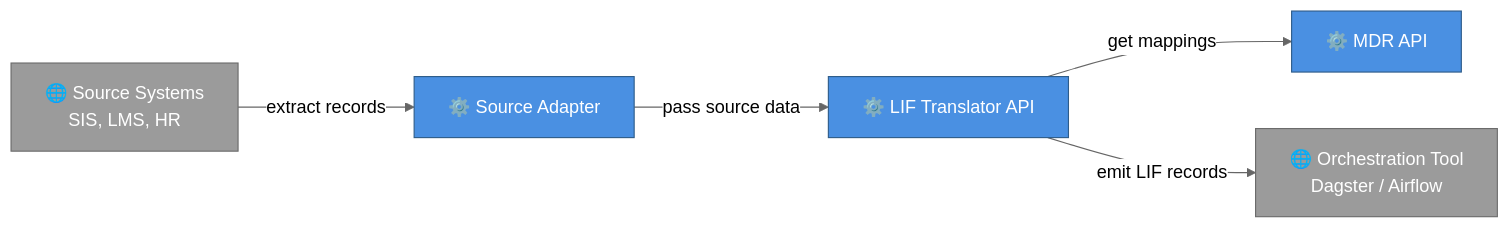
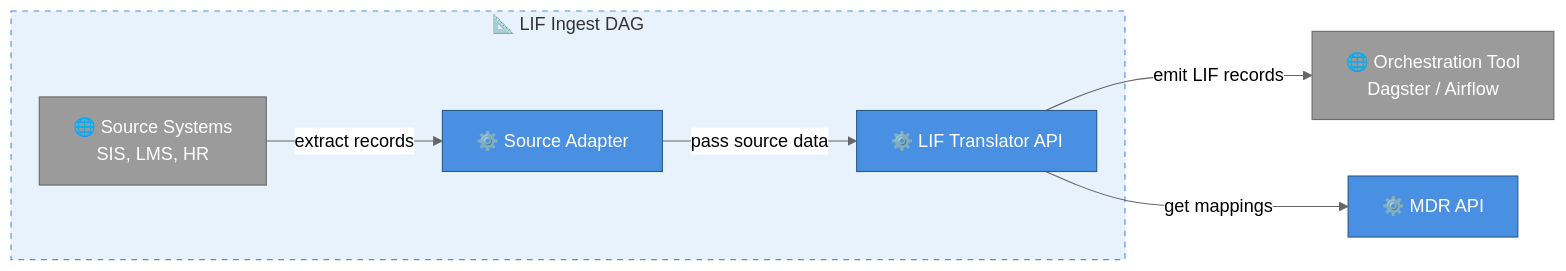
One commit to LIF-Initiative/lif-core changed the third of 16 diagrams in docs/lif_services_overview.md. Above: the diagram before and after it, drawn with Mermaid (neutral theme).

Commit message:
docs: Translator diagram

````diff
--- a/docs/lif_services_overview.md
+++ b/docs/lif_services_overview.md
@@ -134,19 +134,26 @@
 ```mermaid
 graph LR
     Orch["🌐 Orchestration Tool<br/>Dagster / Airflow"]
-    Adapter["⚙️ Source Adapter"]
-    Sources["🌐 Source Systems<br/>SIS, LMS, HR"]
+
+    subgraph DAG["📐 LIF Ingest DAG"]
+        Sources["🌐 Source Systems<br/>SIS, LMS, HR"]
+        Adapter["⚙️ Source Adapter"]
+        Trans["⚙️ LIF Translator API"]
+    end
+
     MDR["⚙️ MDR API"]
-    Trans["⚙️ LIF Translator API"]
 
     Sources -->|extract records| Adapter
     Adapter -->|pass source data| Trans
+    Trans -->|emit LIF records| Orch
     Trans -->|get mappings| MDR
-    Trans -->|emit LIF records| Orch
 
     classDef coreStyle fill:#4A90E2,stroke:#2E5C8A,color:#fff
     classDef extStyle fill:#9B9B9B,stroke:#6B6B6B,color:#fff
+    classDef dagStyle fill:#E8F2FC,stroke:#4A90E2,stroke-dasharray: 5 5
 
-    class Trans,MDR,Adapter coreStyle
+    class Adapter,Trans coreStyle
+    class MDR coreStyle
     class Orch,Sources extStyle
+    class DAG dagStyle
 ```
````
